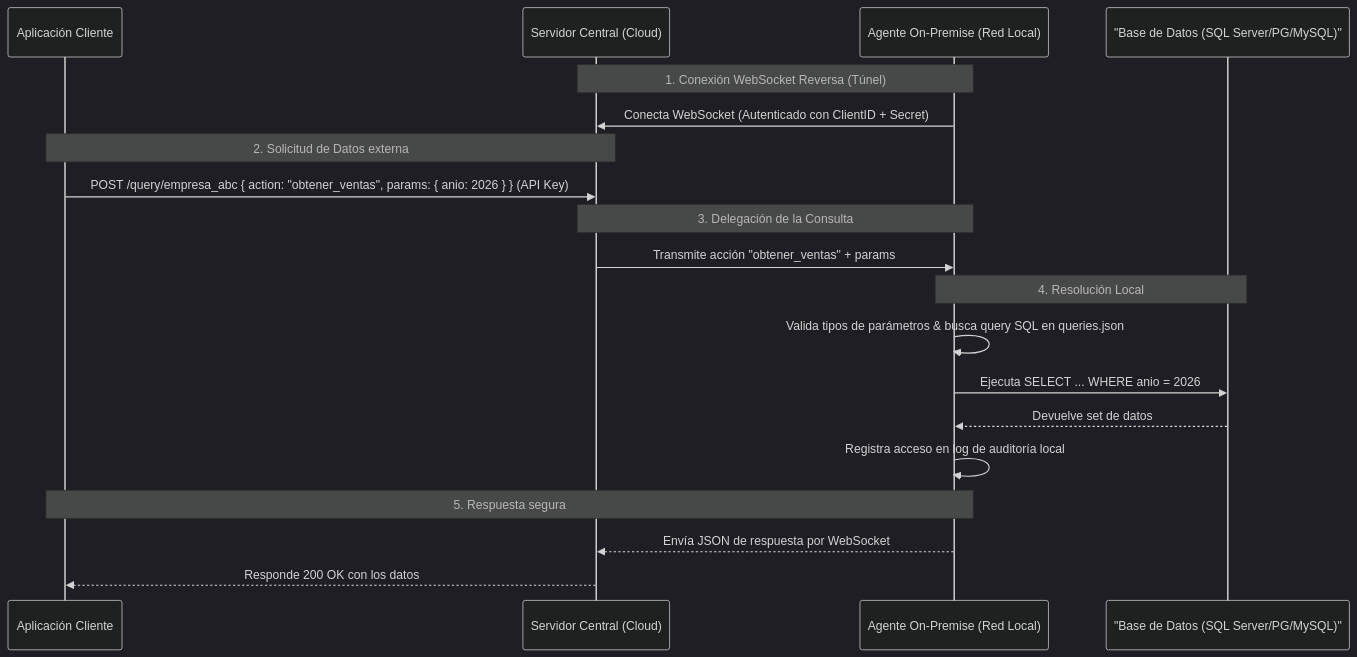
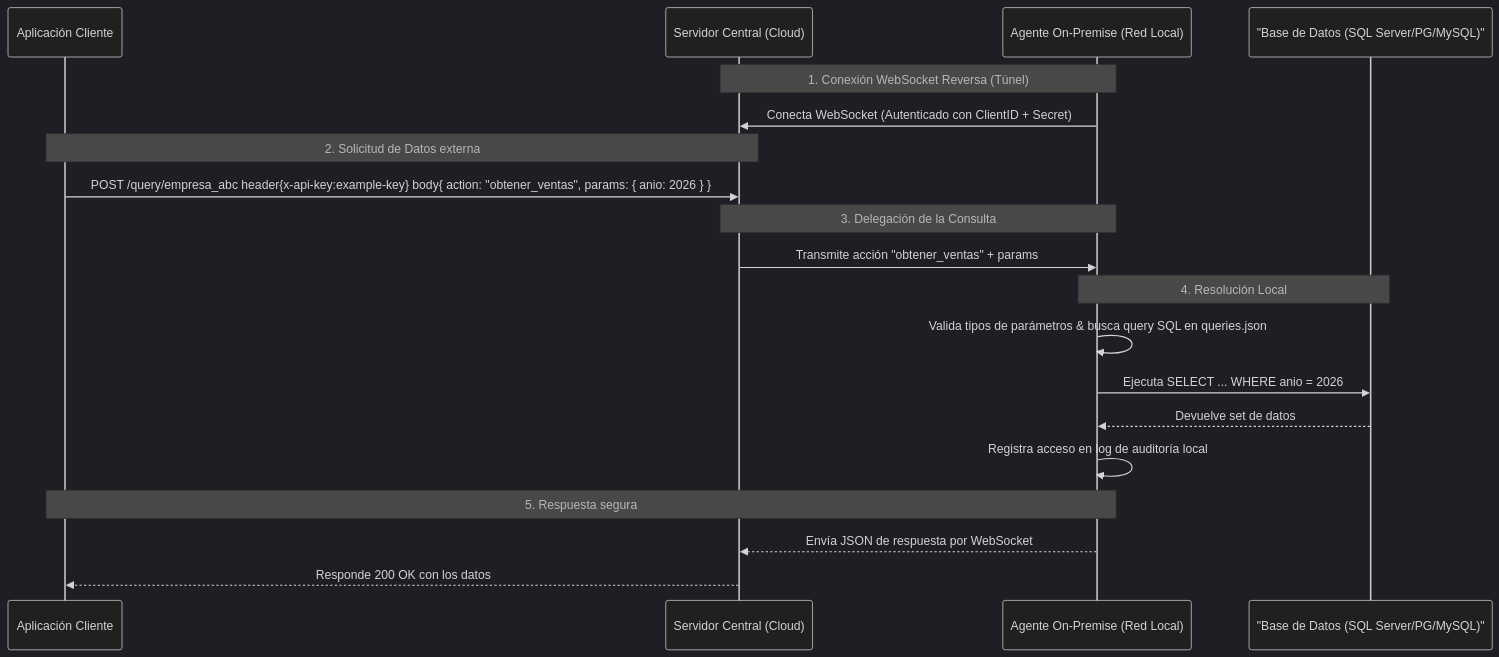
The diagram in README.md (PoetArtist1/agentstructure), drawn with Mermaid (dark theme) before and after one commit. The commit also changed other lines of this file, not shown here.

Commit message:
docs: update README with detailed configuration examples and deployment instructions for server and agent components.

````diff
--- a/README.md
+++ b/README.md
@@ -45,26 +45,26 @@
 ```mermaid
 sequenceDiagram
     participant App as Aplicación Cliente
     participant Server as Servidor Central (Cloud)
     participant Agent as Agente On-Premise (Red Local)
     participant DB as "Base de Datos (SQL Server/PG/MySQL)"
 
     Note over Agent, Server: 1. Conexión WebSocket Reversa (Túnel)
     Agent->>Server: Conecta WebSocket (Autenticado con ClientID + Secret)
     
     Note over App, Server: 2. Solicitud de Datos externa
-    App->>Server: POST /query/empresa_abc { action: "obtener_ventas", params: { anio: 2026 } } (API Key)
+    App->>Server: POST /query/empresa_abc header{x-api-key:example-key} body{ action: "obtener_ventas", params: { anio: 2026 } } 
     
     Note over Server, Agent: 3. Delegación de la Consulta
     Server->>Agent: Transmite acción "obtener_ventas" + params
     
     Note over Agent, DB: 4. Resolución Local
     Agent->>Agent: Valida tipos de parámetros & busca query SQL en queries.json
     Agent->>DB: Ejecuta SELECT ... WHERE anio = 2026
     DB-->>Agent: Devuelve set de datos
     Agent->>Agent: Registra acceso en log de auditoría local
     
     Note over Agent, App: 5. Respuesta segura
     Agent-->>Server: Envía JSON de respuesta por WebSocket
     Server-->>App: Responde 200 OK con los datos
 ```
````
